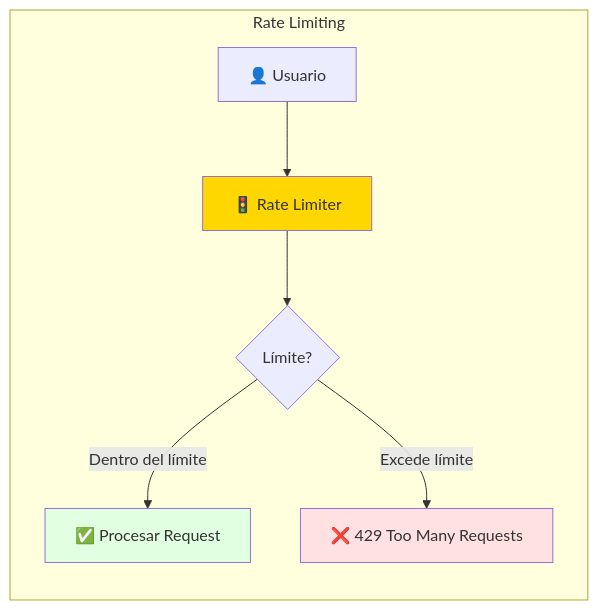
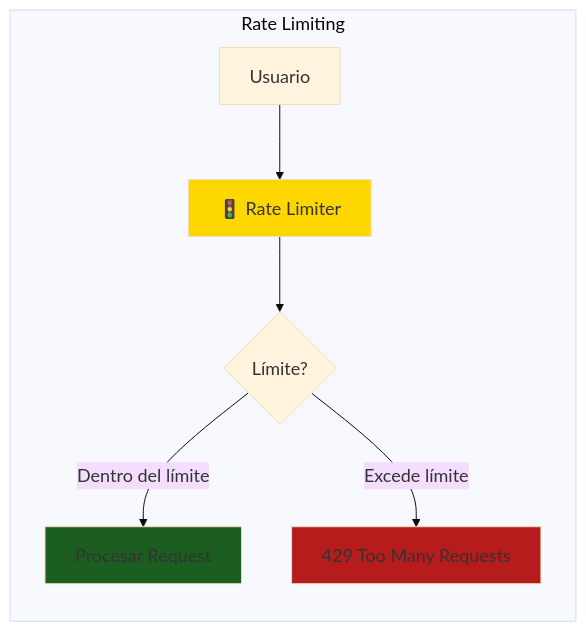
Diagram 14 of 20 in courses/🟡-development/FPUNA-2026/01-DESARROLLO-SOFTWARE/05-diseno-sistemas.md (Ai-Whisperers/Courses-Content), drawn with Mermaid before and after one commit. The commit also changed other lines of this file and 47 other files, not shown here.

First line of the commit message:
fix: Make all 473 diagrams WCAG AAA accessible (FPUNA-2026)

````diff
--- a/courses/🟡-development/FPUNA-2026/01-DESARROLLO-SOFTWARE/05-diseno-sistemas.md
+++ b/courses/🟡-development/FPUNA-2026/01-DESARROLLO-SOFTWARE/05-diseno-sistemas.md
@@ -567,14 +580,15 @@
 ```mermaid
+%%{init: {'theme':'base', 'themeVariables': {'fontSize':'18px'}}}%%
 graph LR
     subgraph "Rate Limiting"
-        U[👤 Usuario] --> RL[🚦 Rate Limiter]
+        U[Usuario] --> RL[🚦 Rate Limiter]
         
         RL --> A{Límite?}
-        A -->|Dentro del límite| OK[✅ Procesar Request]
-        A -->|Excede límite| ERR[❌ 429 Too Many Requests]
+        A -->|Dentro del límite| OK[Procesar Request]
+        A -->|Excede límite| ERR[429 Too Many Requests]
     end
     
     style RL fill:#FFD700
-    style OK fill:#E1FFE1
-    style ERR fill:#FFE1E1
+    style OK fill:#1b5e20
+    style ERR fill:#b71c1c
 ```
````
